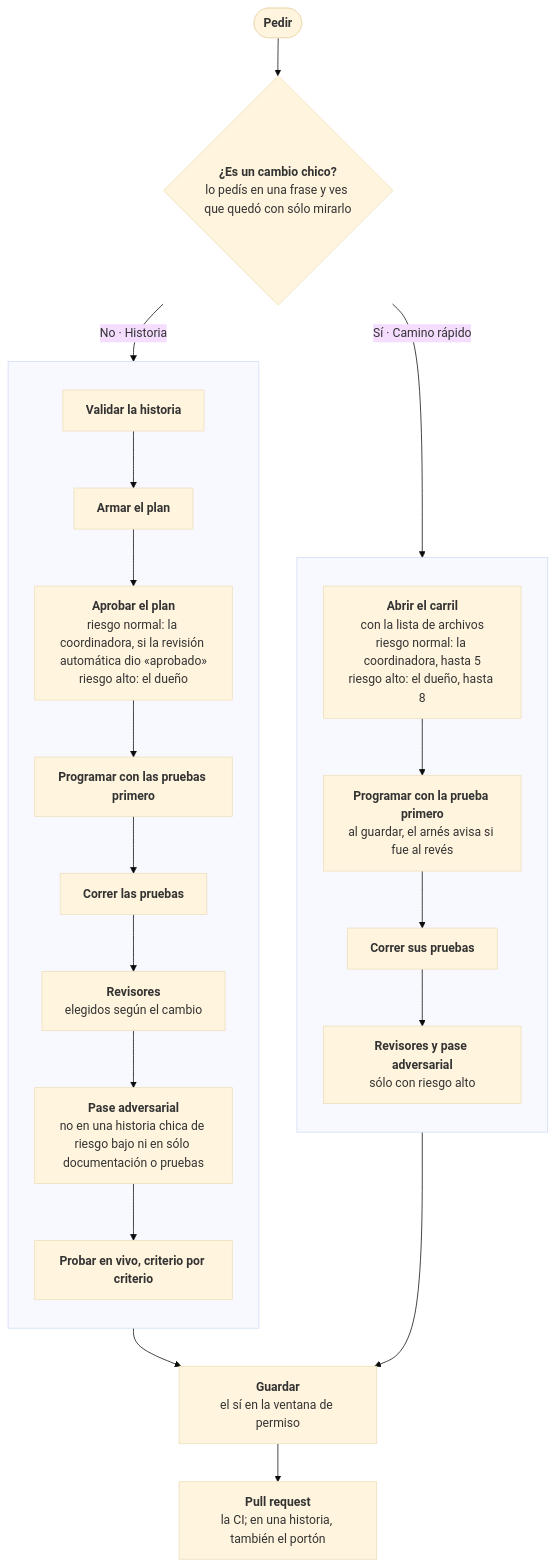
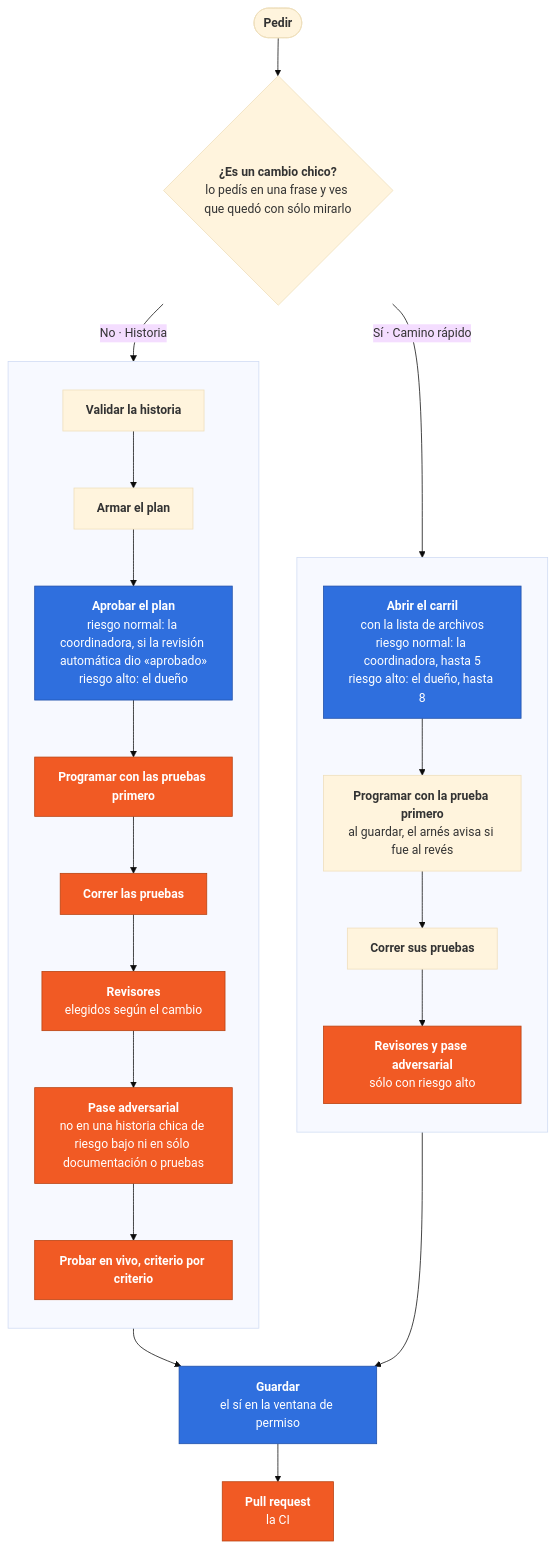
Before and after one commit to TYCON-SA/tycon-harness: the diagram in README.es.md, drawn with Mermaid (base theme). The commit also changed other lines of this file and 2 other files, not shown here.

````diff
--- a/README.es.md
+++ b/README.es.md
@@ -53,25 +54,29 @@
 ```mermaid
 flowchart TB
   pedir(["<b>Pedir</b>"]) --> chico{"<b>¿Es un cambio chico?</b><br/>lo pedís en una frase y ves que quedó con sólo mirarlo"}
   chico -- "Sí · Camino rápido" --> r1
   chico -- "No · Historia" --> h1
   subgraph rapido [" "]
     direction TB
     r1["<b>Abrir el carril</b><br/>con la lista de archivos<br/>riesgo normal: la coordinadora, hasta 5<br/>riesgo alto: el dueño, hasta 8"] --> r2["<b>Programar con la prueba primero</b><br/>al guardar, el arnés avisa si fue al revés"]
     r2 --> r3["<b>Correr sus pruebas</b>"]
     r3 --> r4["<b>Revisores y pase adversarial</b><br/>sólo con riesgo alto"]
   end
   subgraph historia [" "]
     direction TB
     h1["<b>Validar la historia</b>"] --> h2["<b>Armar el plan</b>"]
     h2 --> h3["<b>Aprobar el plan</b><br/>riesgo normal: la coordinadora, si la revisión automática dio «aprobado»<br/>riesgo alto: el dueño"]
     h3 --> h4["<b>Programar con las pruebas primero</b>"]
     h4 --> h5["<b>Correr las pruebas</b>"]
     h5 --> h6["<b>Revisores</b><br/>elegidos según el cambio"]
     h6 --> h7["<b>Pase adversarial</b><br/>no en una historia chica de riesgo bajo ni en sólo documentación o pruebas"]
     h7 --> h8["<b>Probar en vivo, criterio por criterio</b>"]
   end
   r4 --> g1["<b>Guardar</b><br/>el sí en la ventana de permiso"]
   h8 --> g1
-  g1 --> g2["<b>Pull request</b><br/>la CI#59; en una historia, también el portón"]
+  g1 --> g2["<b>Pull request</b><br/>la CI"]
+  classDef decide fill:#2f6fde,stroke:#1f4fa8,color:#ffffff
+  classDef control fill:#F15A24,stroke:#b8410f,color:#ffffff
+  class r1,h3,g1 decide
+  class r4,h4,h5,h6,h7,h8,g2 control
 ```
````
